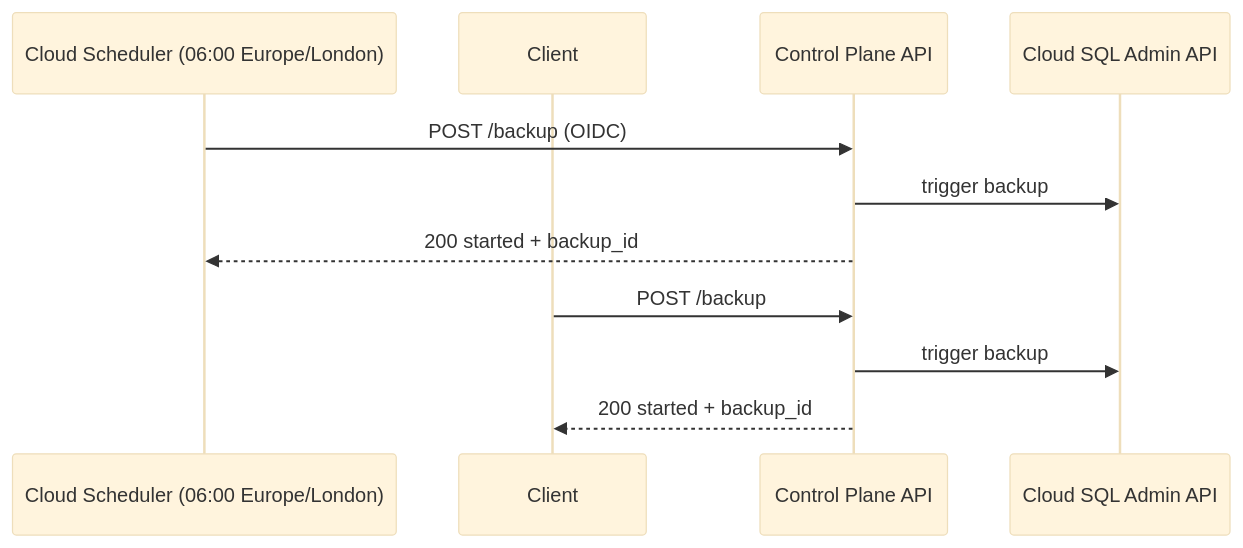
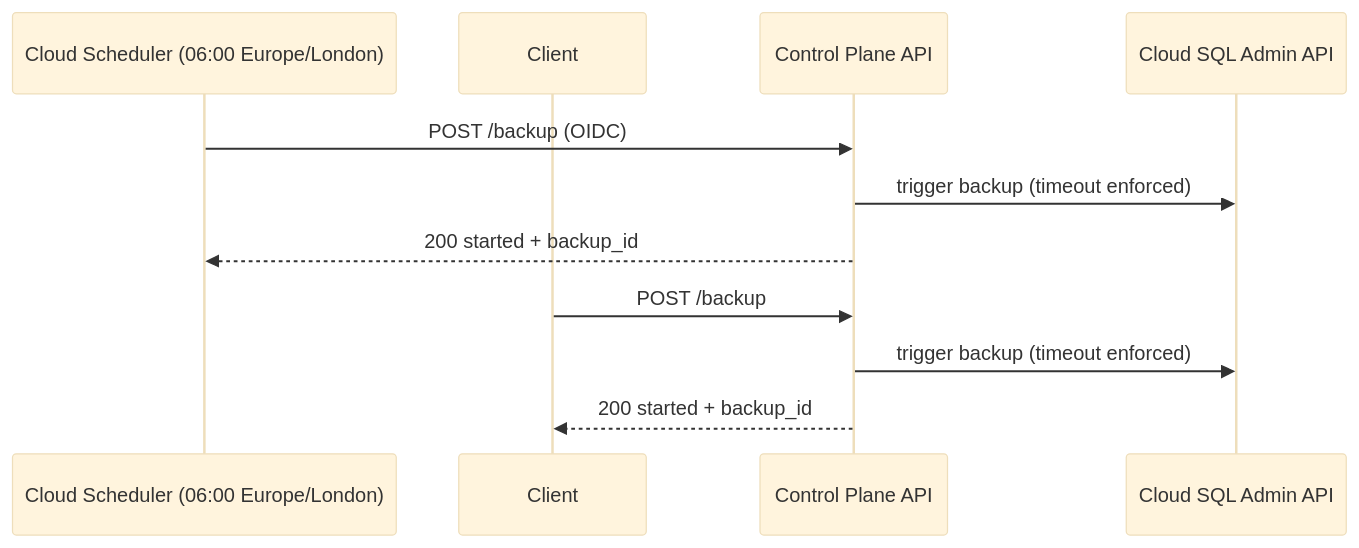
The fourth of 7 diagrams in docs/diagrams.md (ylanning/db-platform), drawn with Mermaid (base theme) before and after one commit. The commit also changed other lines of this file and 1 other file, not shown here.

````diff
--- a/docs/diagrams.md
+++ b/docs/diagrams.md
@@ -77,15 +77,15 @@
 ```mermaid
 sequenceDiagram
   participant Scheduler as Cloud Scheduler (06:00 Europe/London)
   participant Client
   participant API as Control Plane API
   participant SQL as Cloud SQL Admin API
 
   Scheduler->>API: POST /backup (OIDC)
-  API->>SQL: trigger backup
+  API->>SQL: trigger backup (timeout enforced)
   API-->>Scheduler: 200 started + backup_id
 
   Client->>API: POST /backup
-  API->>SQL: trigger backup
+  API->>SQL: trigger backup (timeout enforced)
   API-->>Client: 200 started + backup_id
 ```
````
